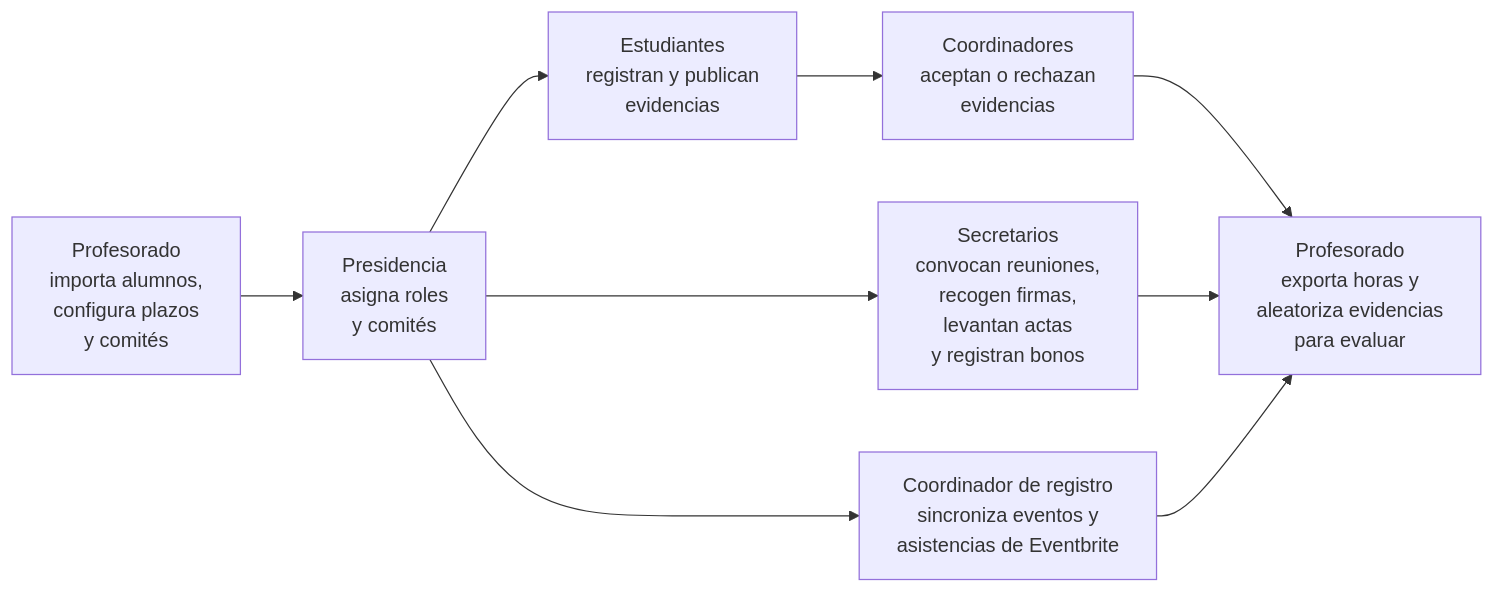
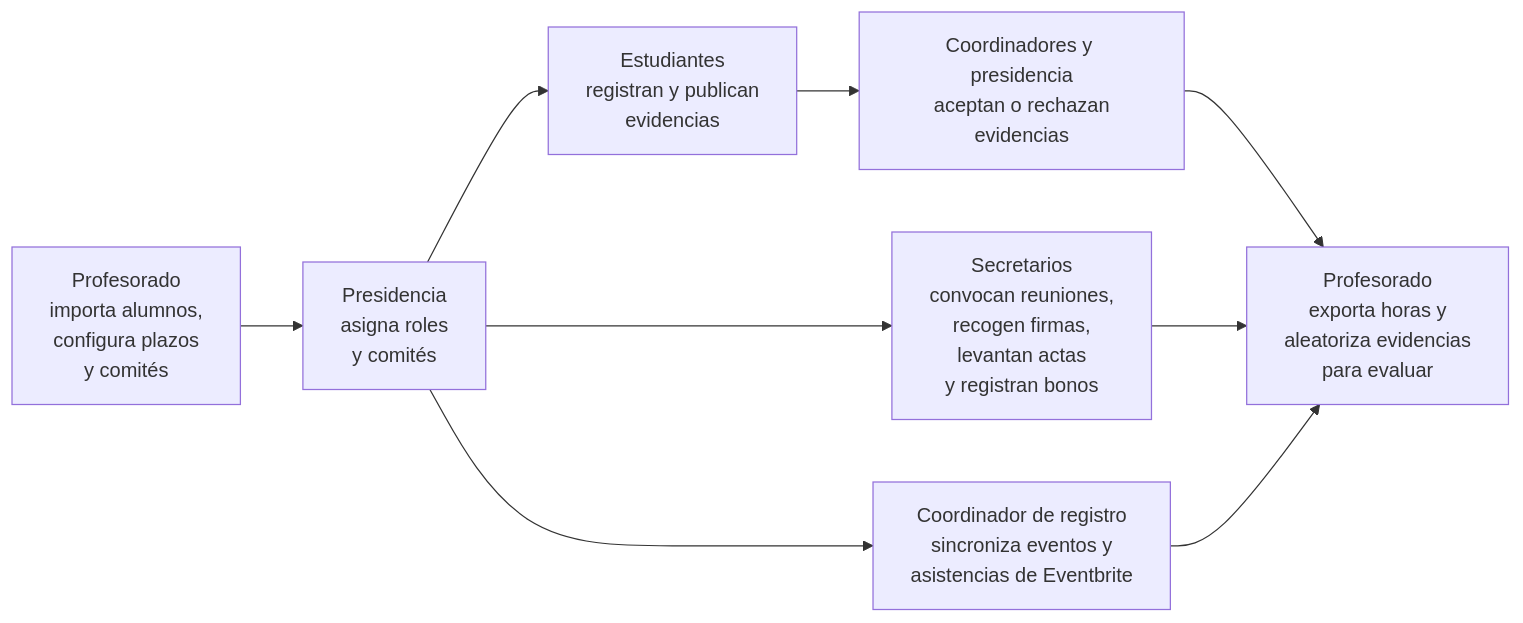
Before and after one commit to EGCETSII/guia_evidentia: the diagram in README.md, drawn with Mermaid. The commit also changed other lines of this file, not shown here.

````diff
--- a/README.md
+++ b/README.md
@@ -37,11 +37,11 @@
 ```mermaid
 flowchart LR
     A[Profesorado<br>importa alumnos,<br>configura plazos<br>y comités] --> B[Presidencia<br>asigna roles<br>y comités]
     B --> C[Estudiantes<br>registran y publican<br>evidencias]
-    C --> D[Coordinadores<br>aceptan o rechazan<br>evidencias]
+    C --> D[Coordinadores y presidencia<br>aceptan o rechazan<br>evidencias]
     B --> E[Secretarios<br>convocan reuniones,<br>recogen firmas,<br>levantan actas<br>y registran bonos]
     B --> F[Coordinador de registro<br>sincroniza eventos y<br>asistencias de Eventbrite]
     D --> G[Profesorado<br>exporta horas y<br>aleatoriza evidencias<br>para evaluar]
     E --> G
     F --> G
 ```
````
